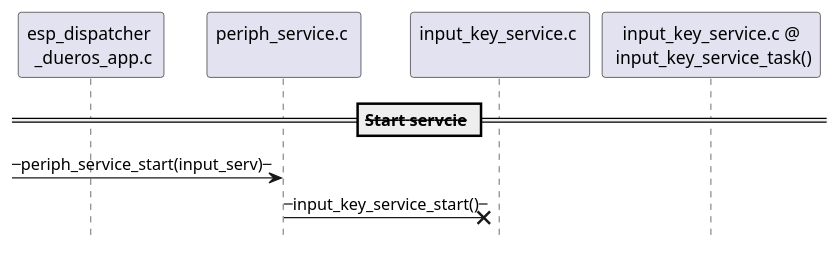
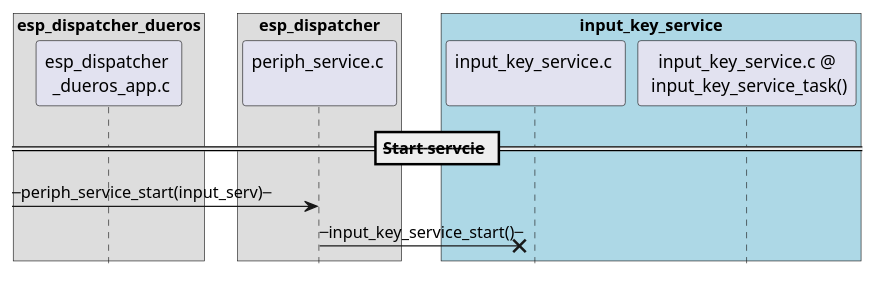
The seventh of 9 diagrams in docs/inside-dispatcher/input_key_service.rst (liangzhu2008/learn-esp-adf), drawn with PlantUML before and after one commit. The commit also changed other lines of this file and 14 other files, not shown here.

Commit message:
用 plantweb 替换 plantuml.jar & graphviz

```diff
--- a/docs/inside-dispatcher/input_key_service.rst
+++ b/docs/inside-dispatcher/input_key_service.rst
@@ -172,12 +220,20 @@
 .. uml::
 
     hide footbox
 
-    participant "esp_dispatcher \n _dueros_app.c" as adf_app order 10
-    participant "periph_service.c \n" as periph_service order 20
-    participant "input_key_service.c \n" as spec_service order 50
-    participant "input_key_service.c @\n input_key_service_task()" as inner_task order 60
+    box "esp_dispatcher_dueros"
+    participant "esp_dispatcher \n _dueros_app.c" as example order 10
+    end box
+
+    box "esp_dispatcher" 
+    participant "periph_service.c \n"               as periph_service order 20
+    end box
+
+    box "input_key_service" #LightBlue
+    participant "input_key_service.c \n"                as input_service order 50
+    participant "input_key_service.c @\n input_key_service_task()" as input_task order 60
+    end box
 
     == --Start servcie-- ==
                   [-> periph_service : --periph_service_start(input_serv)--
-    periph_service ->x spec_service  : --input_key_service_start()--
+    periph_service ->x input_service  : --input_key_service_start()--
```
